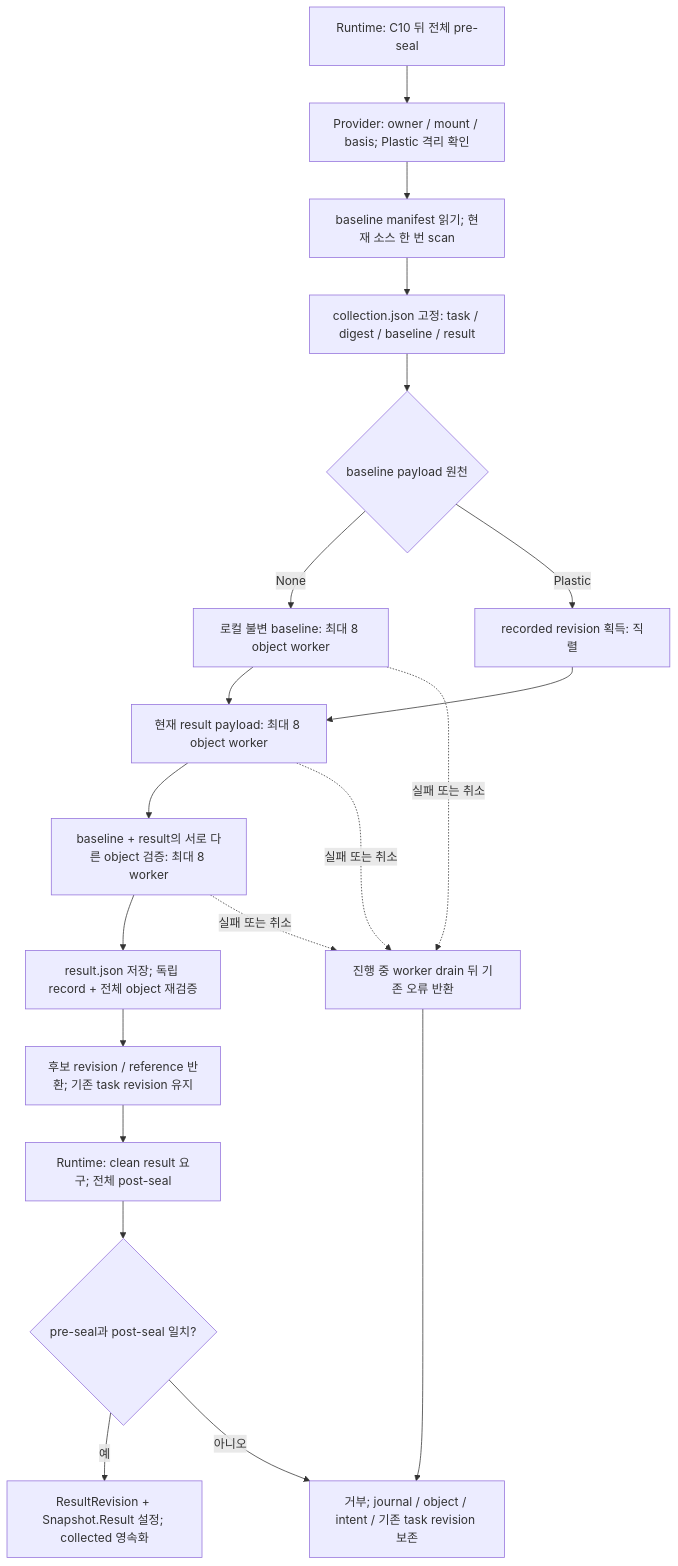
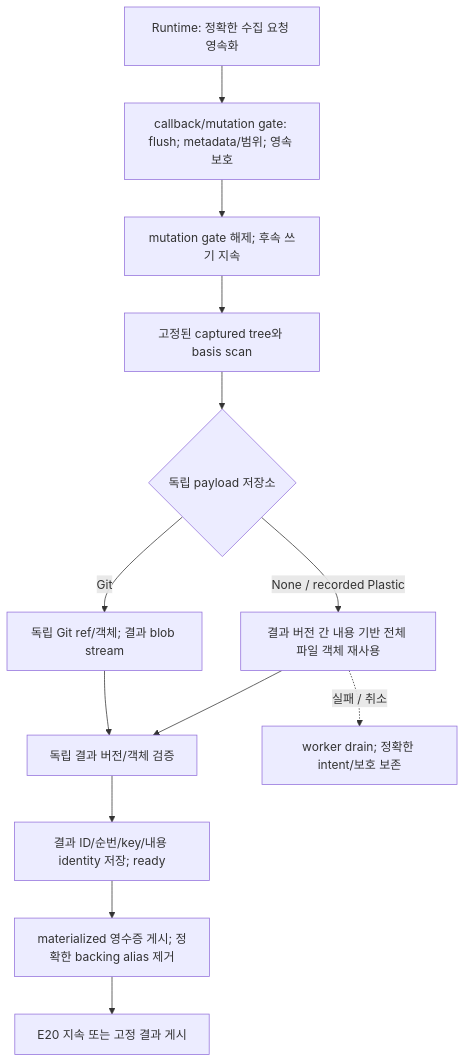
The fifth of 6 diagrams in docs/ko/lifecycle-optimization-map.md (olivecrow/splinter), drawn with Mermaid before and after one commit. The commit also changed other lines of this file and 47 other files, not shown here.

````diff
--- a/docs/ko/lifecycle-optimization-map.md
+++ b/docs/ko/lifecycle-optimization-map.md
@@ -260,22 +260,15 @@
 ```mermaid
 flowchart TD
-  Pre["Runtime: C10 뒤 전체 pre-seal"] --> Guard["Provider: owner / mount / basis; Plastic 격리 확인"]
-  Guard --> Scan["baseline manifest 읽기; 현재 소스 한 번 scan"]
-  Scan --> Intent["collection.json 고정: task / digest / baseline / result"]
-  Intent --> Route{"baseline payload 원천"}
-  Route -->|None| Local["로컬 불변 baseline: 최대 8 object worker"]
-  Route -->|Plastic| Recorded["recorded revision 획득: 직렬"]
-  Local --> Result["현재 result payload: 최대 8 object worker"]
-  Recorded --> Result
-  Result --> Proof["baseline + result의 서로 다른 object 검증: 최대 8 worker"]
-  Proof --> Manifest["result.json 저장; 독립 record + 전체 object 재검증"]
-  Manifest --> Return["후보 revision / reference 반환; 기존 task revision 유지"]
-  Return --> Post["Runtime: clean result 요구; 전체 post-seal"]
-  Post --> Equal{"pre-seal과 post-seal 일치?"}
-  Equal -->|예| Commit["ResultRevision + Snapshot.Result 설정; collected 영속화"]
-  Equal -->|아니오| Retain["거부; journal / object / intent / 기존 task revision 보존"]
-  Local -.->|실패 또는 취소| Drain["진행 중 worker drain 뒤 기존 오류 반환"]
-  Result -.->|실패 또는 취소| Drain
-  Proof -.->|실패 또는 취소| Drain
-  Drain --> Retain
+  Intent["Runtime: 정확한 수집 요청 영속화"] --> Freeze["callback/mutation gate: flush; metadata/범위; 영속 보호"]
+  Freeze --> Continue["mutation gate 해제; 후속 쓰기 지속"]
+  Continue --> Scan["고정된 captured tree와 basis scan"]
+  Scan --> Route{"독립 payload 저장소"}
+  Route -->|Git| Git["독립 Git ref/객체; 결과 blob stream"]
+  Route -->|None / recorded Plastic| Files["결과 버전 간 내용 기반 전체 파일 객체 재사용"]
+  Git --> Proof["독립 결과 버전/객체 검증"]
+  Files --> Proof
+  Proof --> Commit["결과 ID/순번/key/내용 identity 저장; ready"]
+  Commit --> Unpin["materialized 영수증 게시; 정확한 backing alias 제거"]
+  Files -.->|실패 / 취소| Drain["worker drain; 정확한 intent/보호 보존"]
+  Unpin --> Next["E20 지속 또는 고정 결과 게시"]
 ```
````
